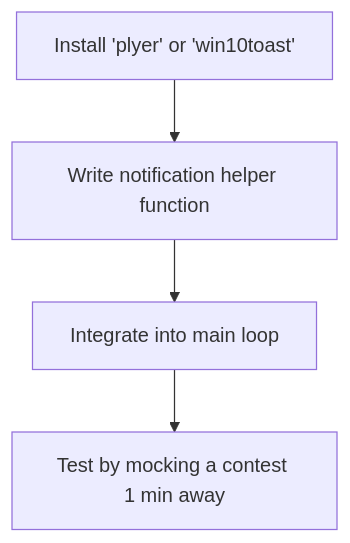
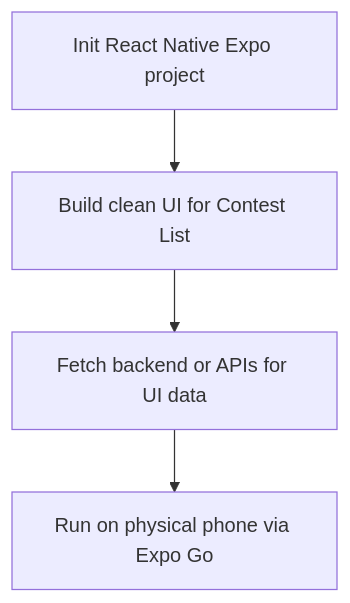
The second of 4 diagrams in architecture.md (Susovan07-Slice/Contest-alert), drawn with Mermaid before and after one commit. The commit also changed other lines of this file and 19 other files, not shown here.

Commit message:
feat: Add Mobile App with Multi-Platform tracking, mock API fallback, and custom Rating Graphs

````diff
--- a/architecture.md
+++ b/architecture.md
@@ -42,6 +26,6 @@
 ```mermaid
 graph TD;
-    A[Install 'plyer' or 'win10toast'] --> B[Write notification helper function];
-    B --> C[Integrate into main loop];
-    C --> D[Test by mocking a contest 1 min away];
+    A[Init React Native Expo project] --> B[Build clean UI for Contest List];
+    B --> C[Fetch backend or APIs for UI data];
+    C --> D[Run on physical phone via Expo Go];
 ```
````
